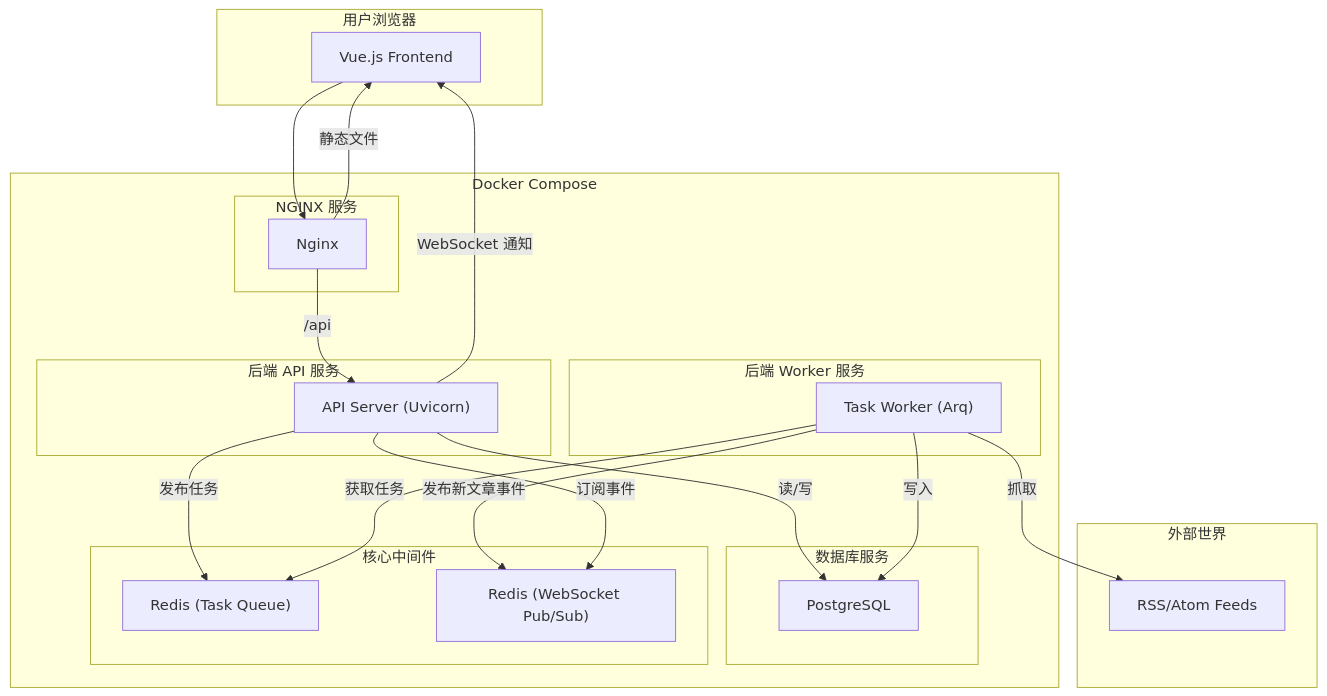
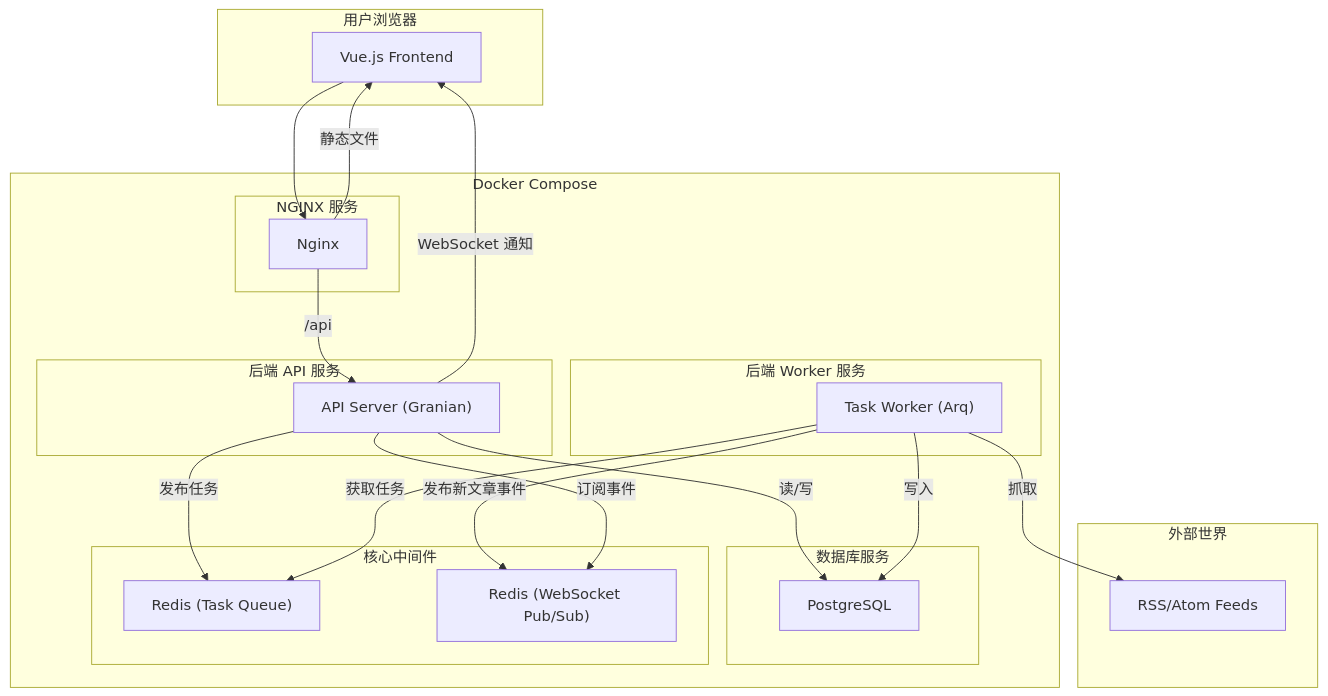
The diagram in README.md (lee-lipeng/Feedboard), drawn with Mermaid before and after one commit. The commit also changed other lines of this file, not shown here.

````diff
--- a/README.md
+++ b/README.md
@@ -63,47 +120,47 @@
 ```mermaid
 graph TD
     subgraph "用户浏览器"
         A["Vue.js Frontend"]
     end
 
     subgraph "Docker Compose"
         subgraph "NGINX 服务"
             N["Nginx"]
         end
 
         subgraph "后端 API 服务"
-            API["API Server (Uvicorn)"]
+            API["API Server (Granian)"]
         end
 
         subgraph "后端 Worker 服务"
             W["Task Worker (Arq)"]
         end
-    
+  
         subgraph "数据库服务"
             DB["PostgreSQL"]
         end
 
         subgraph "核心中间件"
             R_Queue["Redis (Task Queue)"]
             R_PubSub["Redis (WebSocket Pub/Sub)"]
         end
     end
   
     subgraph "外部世界"
         RSS["RSS/Atom Feeds"]
     end
 
     A --> N;
     N -- "静态文件" --> A;
     N -- "/api" --> API;
 
     API -- "读/写" --> DB;
     API -- "发布任务" --> R_Queue;
     W -- "获取任务" --> R_Queue;
     W -- "抓取" --> RSS;
     W -- "写入" --> DB;
     W -- "发布新文章事件" --> R_PubSub;
 
     API -- "订阅事件" --> R_PubSub;
     API -- "WebSocket 通知" --> A;
 ```
````
